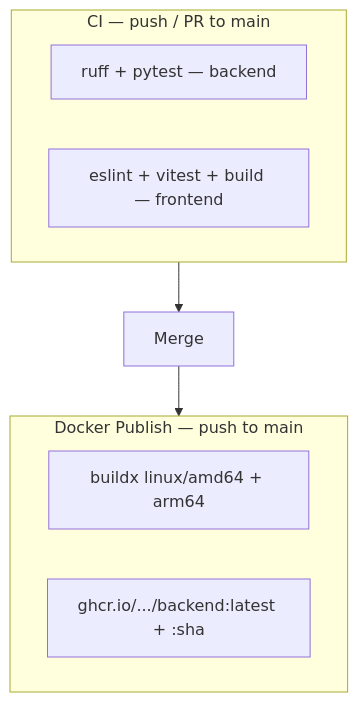
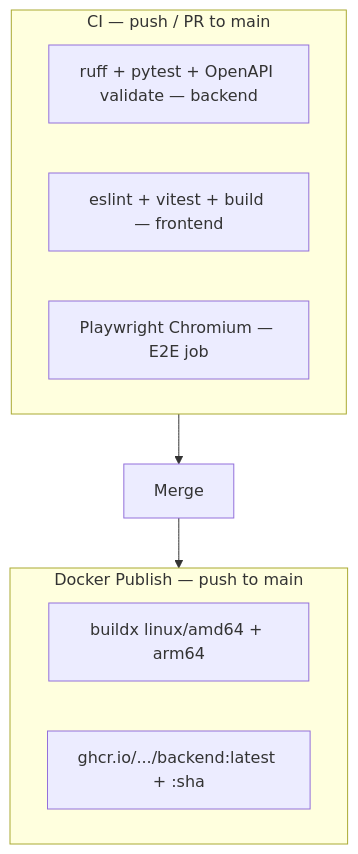
One commit to markusbrand/tagly changed the tenth of 11 diagrams in docs/technical.md. Above: the diagram before and after it, drawn with Mermaid. The commit also changed other lines of this file and 7 other files, not shown here.

````diff
--- a/docs/technical.md
+++ b/docs/technical.md
@@ -278,13 +278,14 @@
 ```mermaid
 flowchart TB
   subgraph ci [CI — push / PR to main]
-    B1[ruff + pytest — backend]
+    B1[ruff + pytest + OpenAPI validate — backend]
     B2[eslint + vitest + build — frontend]
+    E2E[Playwright Chromium — E2E job]
   end
   subgraph publish [Docker Publish — push to main]
     D[buildx linux/amd64 + arm64]
     GHCR[ghcr.io/.../backend:latest + :sha]
   end
   ci --> merge[Merge]
   merge --> publish
 ```
````
